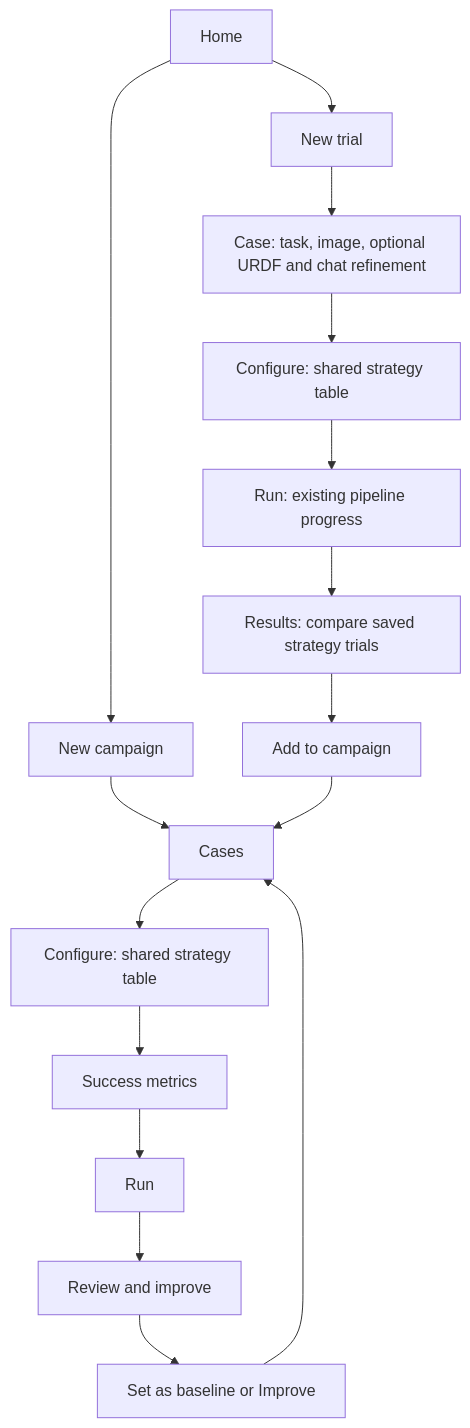
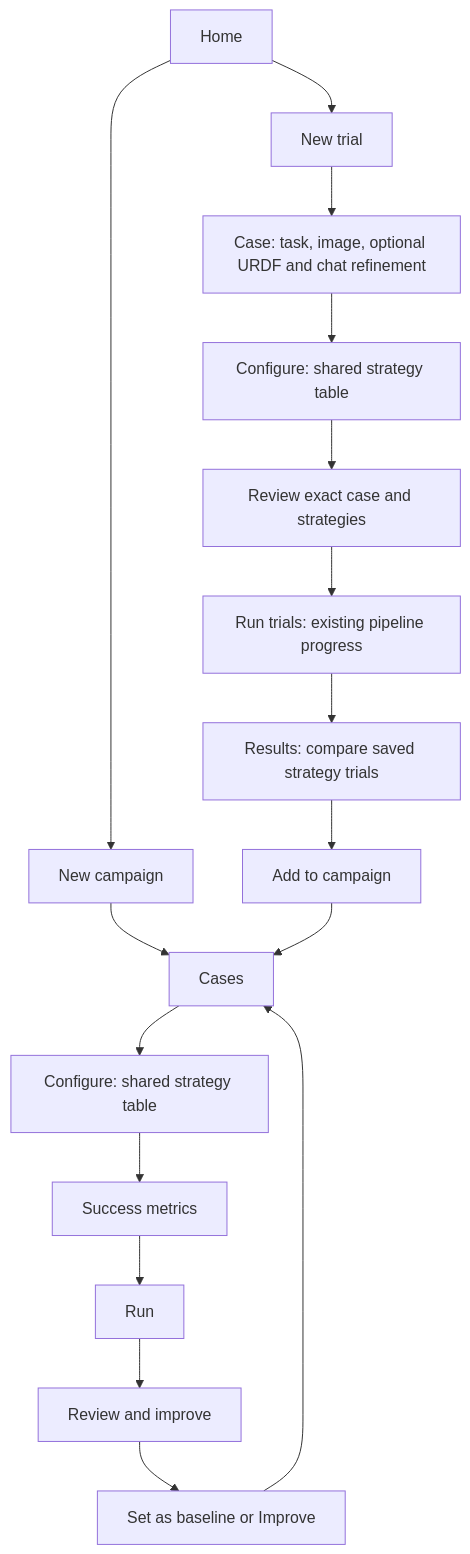
One commit to niksacdev/rove changed the first of 2 diagrams in docs/product/user-journey.md. Above: the diagram before and after it, drawn with Mermaid. The commit also changed other lines of this file and 9 other files, not shown here.

````diff
--- a/docs/product/user-journey.md
+++ b/docs/product/user-journey.md
@@ -48,18 +50,19 @@
 ```mermaid
 flowchart TD
     H[Home] --> NT[New trial]
     H --> NC[New campaign]
     NT --> TC[Case: task, image, optional URDF and chat refinement]
     TC --> TF[Configure: shared strategy table]
-    TF --> TR[Run: existing pipeline progress]
+    TF --> REVIEW[Review exact case and strategies]
+    REVIEW --> TR[Run trials: existing pipeline progress]
     TR --> TO[Results: compare saved strategy trials]
     TO --> ADD[Add to campaign]
     NC --> CC[Cases]
     ADD --> CC
     CC --> CF[Configure: shared strategy table]
     CF --> CM[Success metrics]
     CM --> CR[Run]
     CR --> CO[Review and improve]
     CO --> B[Set as baseline or Improve]
     B --> CC
 ```
````
